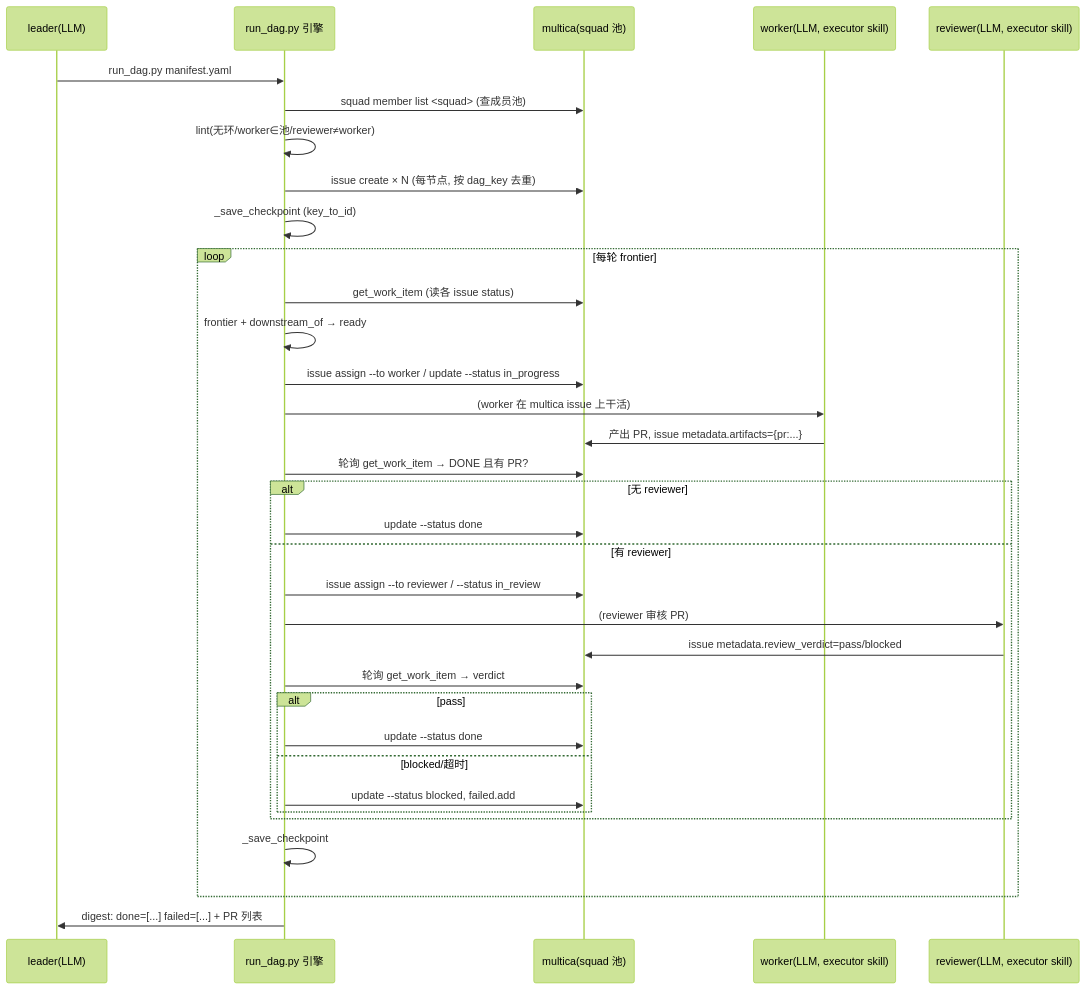
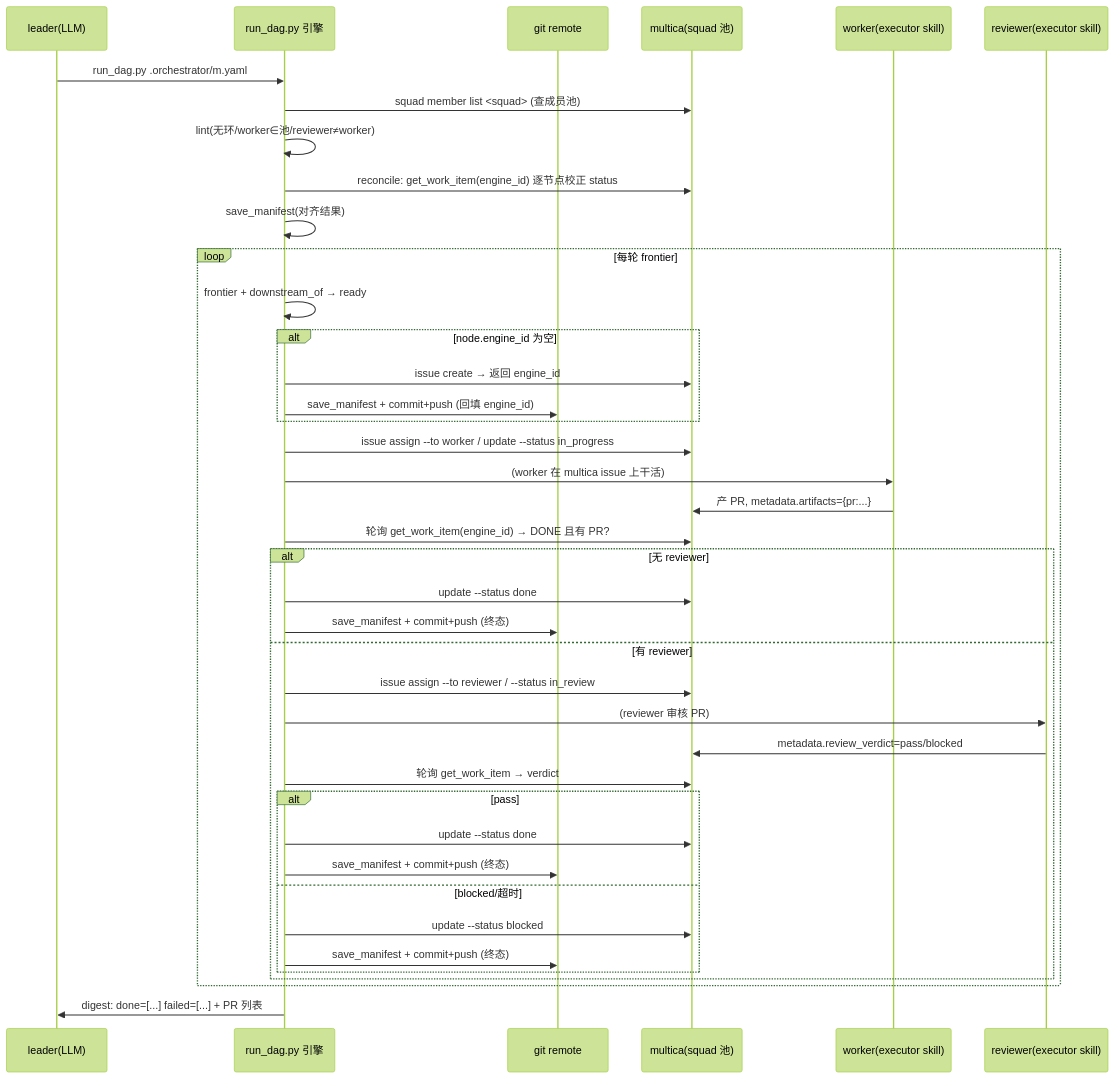
One commit to xiaohei-info/aiteam changed the sixth of 6 diagrams in .claude/skills/parallel-dev-orchestration/EXECUTION_FLOW.md. Above: the diagram before and after it, drawn with Mermaid (forest theme). The commit also changed other lines of this file, not shown here.

First line of the commit message:
docs(orchestrator): EXECUTION_FLOW 切换为 manifest 唯一口径目标设计

````diff
--- a/.claude/skills/parallel-dev-orchestration/EXECUTION_FLOW.md
+++ b/.claude/skills/parallel-dev-orchestration/EXECUTION_FLOW.md
@@ -269,37 +328,43 @@
 ```mermaid
 sequenceDiagram
     participant L as leader(LLM)
     participant E as run_dag.py 引擎
+    participant G as git remote
     participant M as multica(squad 池)
-    participant W as worker(LLM, executor skill)
-    participant R as reviewer(LLM, executor skill)
+    participant W as worker(executor skill)
+    participant R as reviewer(executor skill)
 
-    L->>E: run_dag.py manifest.yaml
+    L->>E: run_dag.py .orchestrator/m.yaml
     E->>M: squad member list <squad> (查成员池)
     E->>E: lint(无环/worker∈池/reviewer≠worker)
-    E->>M: issue create × N (每节点, 按 dag_key 去重)
-    E->>E: _save_checkpoint (key_to_id)
+    E->>M: reconcile: get_work_item(engine_id) 逐节点校正 status
+    E->>E: save_manifest(对齐结果)
     loop 每轮 frontier
-        E->>M: get_work_item (读各 issue status)
         E->>E: frontier + downstream_of → ready
+        alt node.engine_id 为空
+            E->>M: issue create → 返回 engine_id
+            E->>G: save_manifest + commit+push (回填 engine_id)
+        end
         E->>M: issue assign --to worker / update --status in_progress
         E->>W: (worker 在 multica issue 上干活)
-        W->>M: 产出 PR, issue metadata.artifacts={pr:...}
-        E->>M: 轮询 get_work_item → DONE 且有 PR?
+        W->>M: 产 PR, metadata.artifacts={pr:...}
+        E->>M: 轮询 get_work_item(engine_id) → DONE 且有 PR?
         alt 无 reviewer
             E->>M: update --status done
+            E->>G: save_manifest + commit+push (终态)
         else 有 reviewer
             E->>M: issue assign --to reviewer / --status in_review
             E->>R: (reviewer 审核 PR)
-            R->>M: issue metadata.review_verdict=pass/blocked
+            R->>M: metadata.review_verdict=pass/blocked
             E->>M: 轮询 get_work_item → verdict
             alt pass
                 E->>M: update --status done
+                E->>G: save_manifest + commit+push (终态)
             else blocked/超时
-                E->>M: update --status blocked, failed.add
+                E->>M: update --status blocked
+                E->>G: save_manifest + commit+push (终态)
             end
         end
-        E->>E: _save_checkpoint
     end
     E->>L: digest: done=[...] failed=[...] + PR 列表
 ```
````
